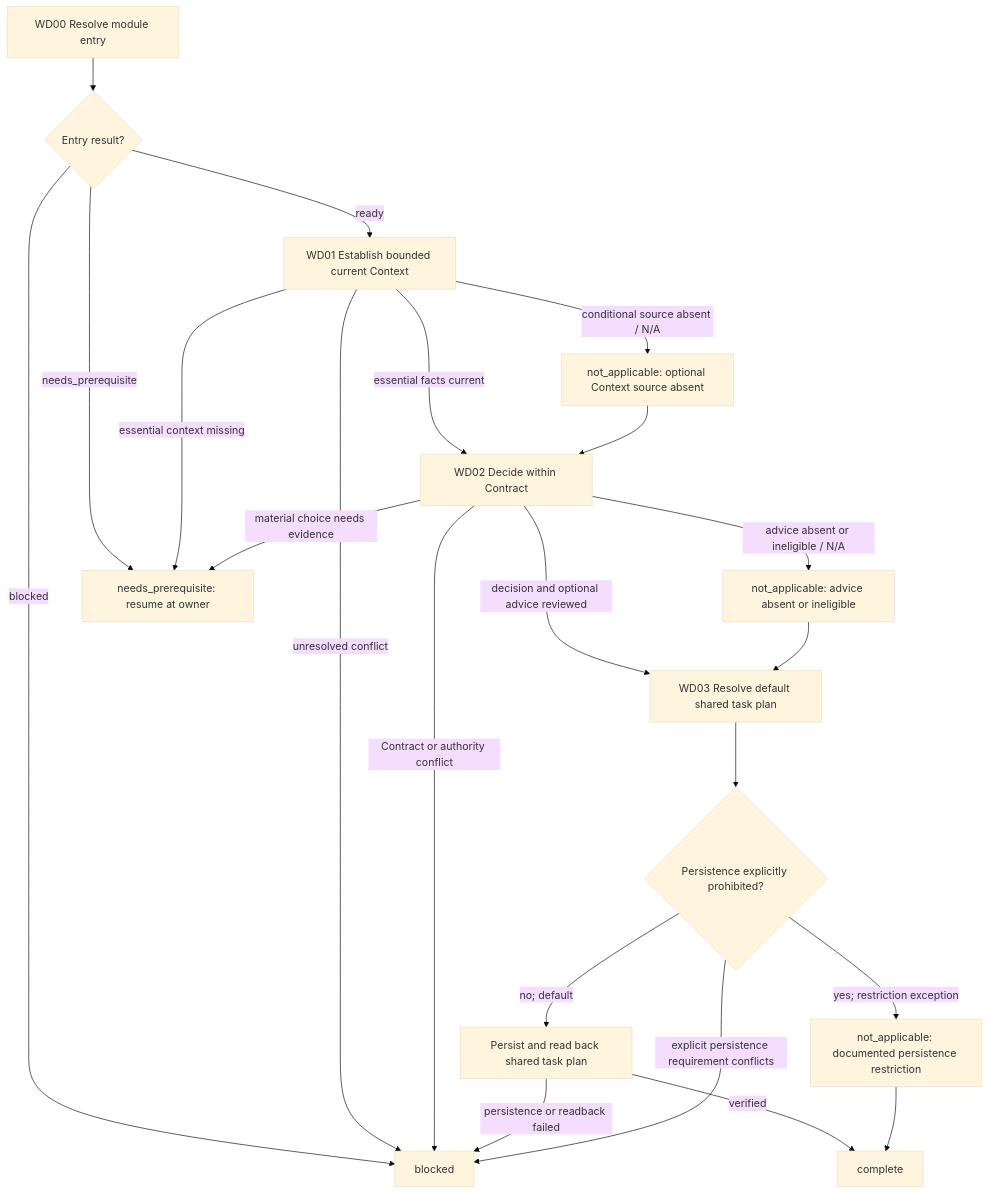
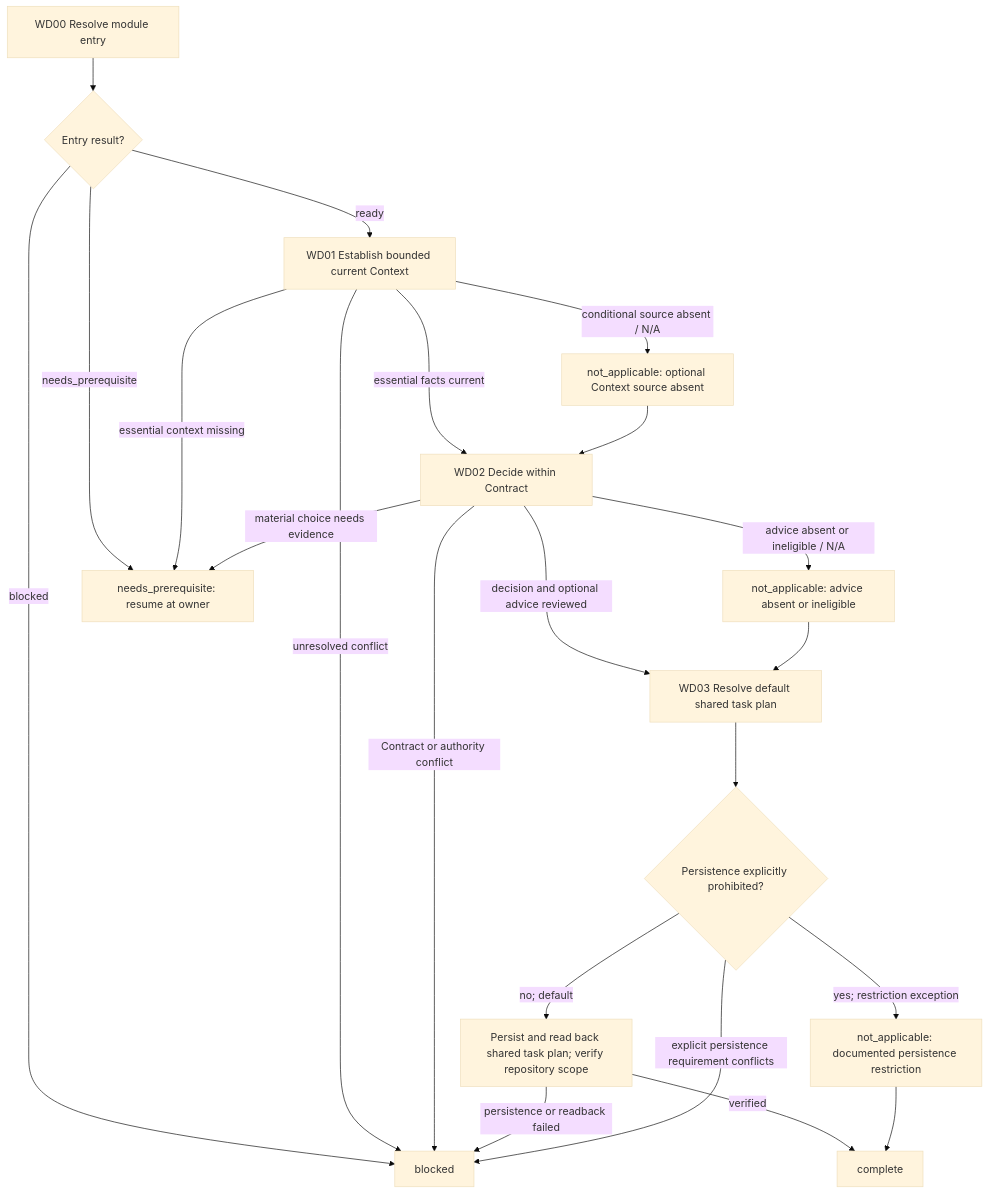
The diagram in references/coding/layer-04-workflows/modules/work-definition.md (john-z-huang/token-io-decoupling), drawn with Mermaid (base theme) before and after one commit. The commit also changed other lines of this file and 29 other files, not shown here.

````diff
--- a/references/coding/layer-04-workflows/modules/work-definition.md
+++ b/references/coding/layer-04-workflows/modules/work-definition.md
@@ -18,37 +18,37 @@
 ```mermaid
 flowchart TD
     WD00["WD00 Resolve module entry"]
     D_ENTRY{"Entry result?"}
     WD01["WD01 Establish bounded current Context"]
     WD02["WD02 Decide within Contract"]
     WD03["WD03 Resolve default shared task plan"]
     D_PLAN{"Persistence explicitly prohibited?"}
-    WD_PLAN["Persist and read back shared task plan"]
+    WD_PLAN["Persist and read back shared task plan; verify repository scope"]
     WD_DONE["complete"]
     WD_CONTEXT_NA["not_applicable: optional Context source absent"]
     WD_ADVICE_NA["not_applicable: advice absent or ineligible"]
     WD_PLAN_NA["not_applicable: documented persistence restriction"]
     WD_NEEDS["needs_prerequisite: resume at owner"]
     WD_BLOCK["blocked"]
     WD00 --> D_ENTRY
     D_ENTRY -- ready --> WD01
     D_ENTRY -- needs_prerequisite --> WD_NEEDS
     D_ENTRY -- blocked --> WD_BLOCK
     WD01 -- essential facts current --> WD02
     WD01 -- conditional source absent / N/A --> WD_CONTEXT_NA
     WD_CONTEXT_NA --> WD02
     WD01 -- essential context missing --> WD_NEEDS
     WD01 -- unresolved conflict --> WD_BLOCK
     WD02 -- decision and optional advice reviewed --> WD03
     WD02 -- advice absent or ineligible / N/A --> WD_ADVICE_NA
     WD_ADVICE_NA --> WD03
     WD02 -- material choice needs evidence --> WD_NEEDS
     WD02 -- Contract or authority conflict --> WD_BLOCK
     WD03 --> D_PLAN
     D_PLAN -- no; default --> WD_PLAN
     WD_PLAN -- verified --> WD_DONE
     WD_PLAN -- persistence or readback failed --> WD_BLOCK
     D_PLAN -- yes; restriction exception --> WD_PLAN_NA
     D_PLAN -- explicit persistence requirement conflicts --> WD_BLOCK
     WD_PLAN_NA --> WD_DONE
 ```
````
